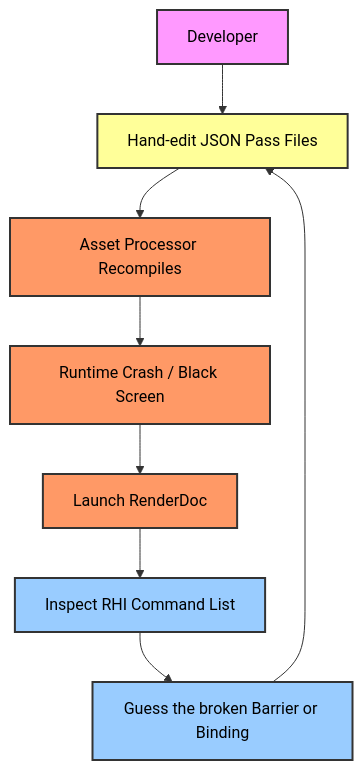
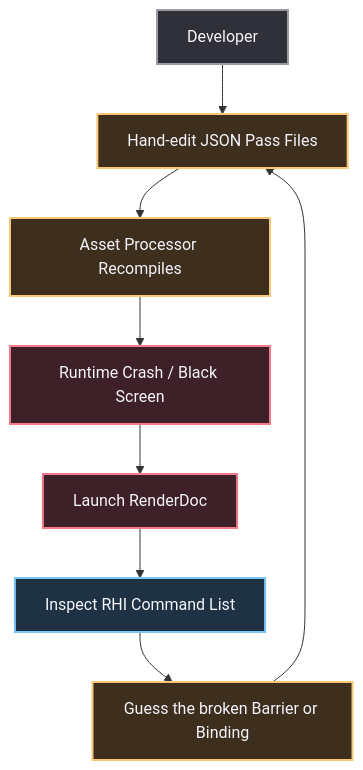
The first of 4 diagrams in content/Engine shit/O3DE/Atomic/4 Data-Driven Workflow Refactoring (Visual Tools & Debugging).md (Astin-A/the-workshop), drawn with Mermaid before and after one commit. The commit also changed other lines of this file and 24 other files, not shown here.

````diff
--- a/content/Engine shit/O3DE/Atomic/4 Data-Driven Workflow Refactoring (Visual Tools & Debugging).md
+++ b/content/Engine shit/O3DE/Atomic/4 Data-Driven Workflow Refactoring (Visual Tools & Debugging).md
@@ -9,18 +9,21 @@
 ```mermaid
 graph TD
     A[Developer] --> B[Hand-edit JSON Pass Files]
     B --> C[Asset Processor Recompiles]
     C --> D[Runtime Crash / Black Screen]
     D --> E[Launch RenderDoc]
     E --> F[Inspect RHI Command List]
     F --> G[Guess the broken Barrier or Binding]
     G --> B
 
-    style A fill:#f9f,stroke:#333,stroke-width:2px,color:#000
-    style B fill:#ff9,stroke:#333,stroke-width:2px,color:#000
-    style C fill:#f96,stroke:#333,stroke-width:2px,color:#000
-    style D fill:#f96,stroke:#333,stroke-width:2px,color:#000
-    style E fill:#f96,stroke:#333,stroke-width:2px,color:#000
-    style F fill:#9cf,stroke:#333,stroke-width:2px,color:#000
-    style G fill:#9cf,stroke:#333,stroke-width:2px,color:#000
+    classDef neutral fill:#30303a,stroke:#9a9aa5,stroke-width:2px,color:#f5f5fa;
+    classDef warning fill:#3e2e1e,stroke:#f7c87a,stroke-width:2px,color:#f5f5fa;
+    classDef danger fill:#3e2028,stroke:#f77a8a,stroke-width:2px,color:#f5f5fa;
+    classDef info fill:#1e3244,stroke:#7ac7f7,stroke-width:2px,color:#f5f5fa;
+
+    class A neutral;
+    class B,C warning;
+    class D,E danger;
+    class F info;
+    class G warning;
 ```
````
